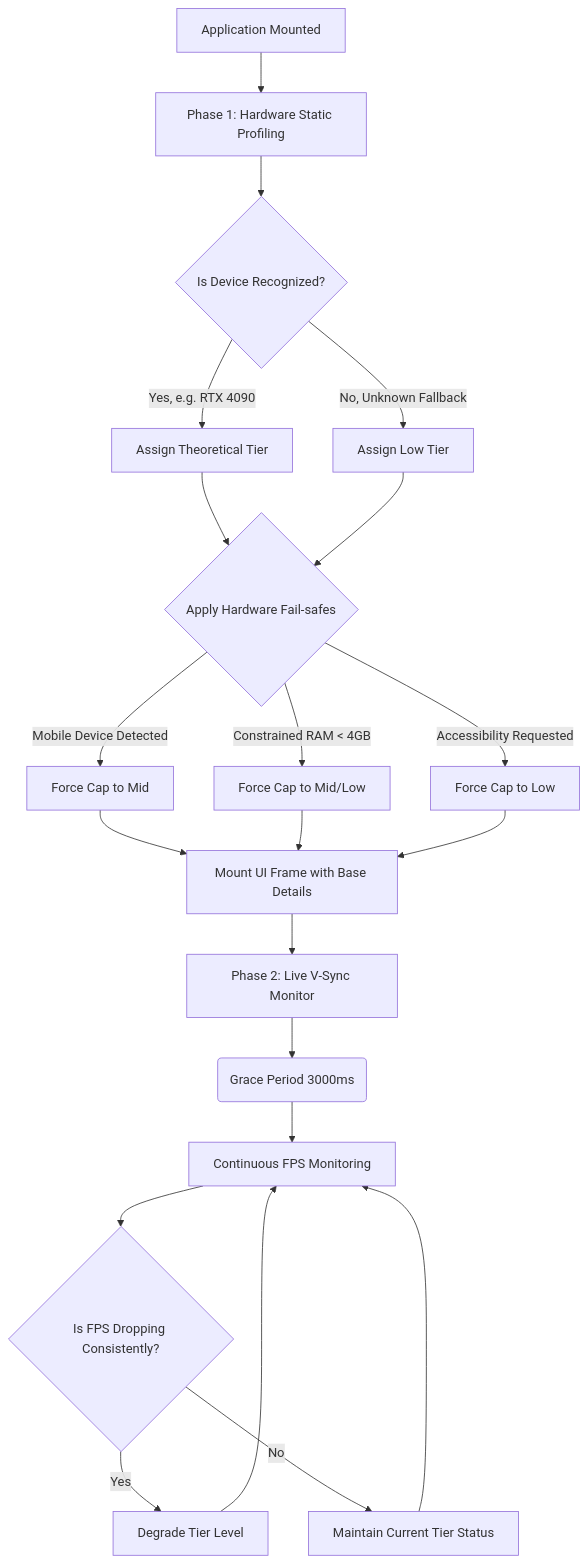
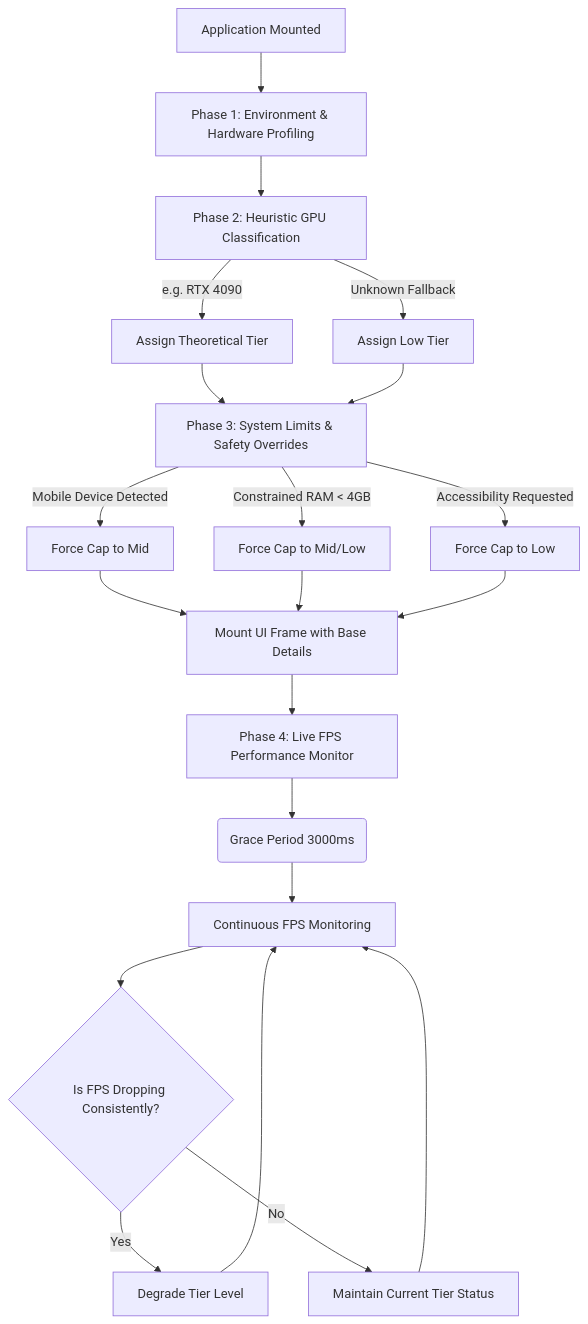
The diagram in README.md (Jerophin123/HPOE), drawn with Mermaid before and after one commit. The commit also changed other lines of this file, not shown here.

````diff
--- a/README.md
+++ b/README.md
@@ -85,25 +86,25 @@
 ```mermaid
 graph TD
-    A[Application Mounted] --> B[Phase 1: Hardware Static Profiling]
-    B --> C{Is Device Recognized?}
-    C -->|Yes, e.g. RTX 4090| D[Assign Theoretical Tier]
-    C -->|No, Unknown Fallback| E[Assign Low Tier]
-    D --> F{Apply Hardware Fail-safes}
+    A[Application Mounted] --> B[Phase 1: Environment & Hardware Profiling]
+    B --> C[Phase 2: Heuristic GPU Classification]
+    C -->|e.g. RTX 4090| D[Assign Theoretical Tier]
+    C -->|Unknown Fallback| E[Assign Low Tier]
+    D --> F[Phase 3: System Limits & Safety Overrides]
     E --> F
     F -->|Mobile Device Detected| G[Force Cap to Mid]
     F -->|Constrained RAM < 4GB| H[Force Cap to Mid/Low]
     F -->|Accessibility Requested| I[Force Cap to Low]
     
     G --> J[Mount UI Frame with Base Details]
     H --> J
     I --> J
     
-    J --> K[Phase 2: Live V-Sync Monitor]
+    J --> K[Phase 4: Live FPS Performance Monitor]
     K --> L(Grace Period 3000ms)
     L --> M[Continuous FPS Monitoring]
     M --> N{Is FPS Dropping Consistently?}
     N -->|Yes| O[Degrade Tier Level]
     O --> M
     N -->|No| P[Maintain Current Tier Status]
     P --> M
 ```
````
